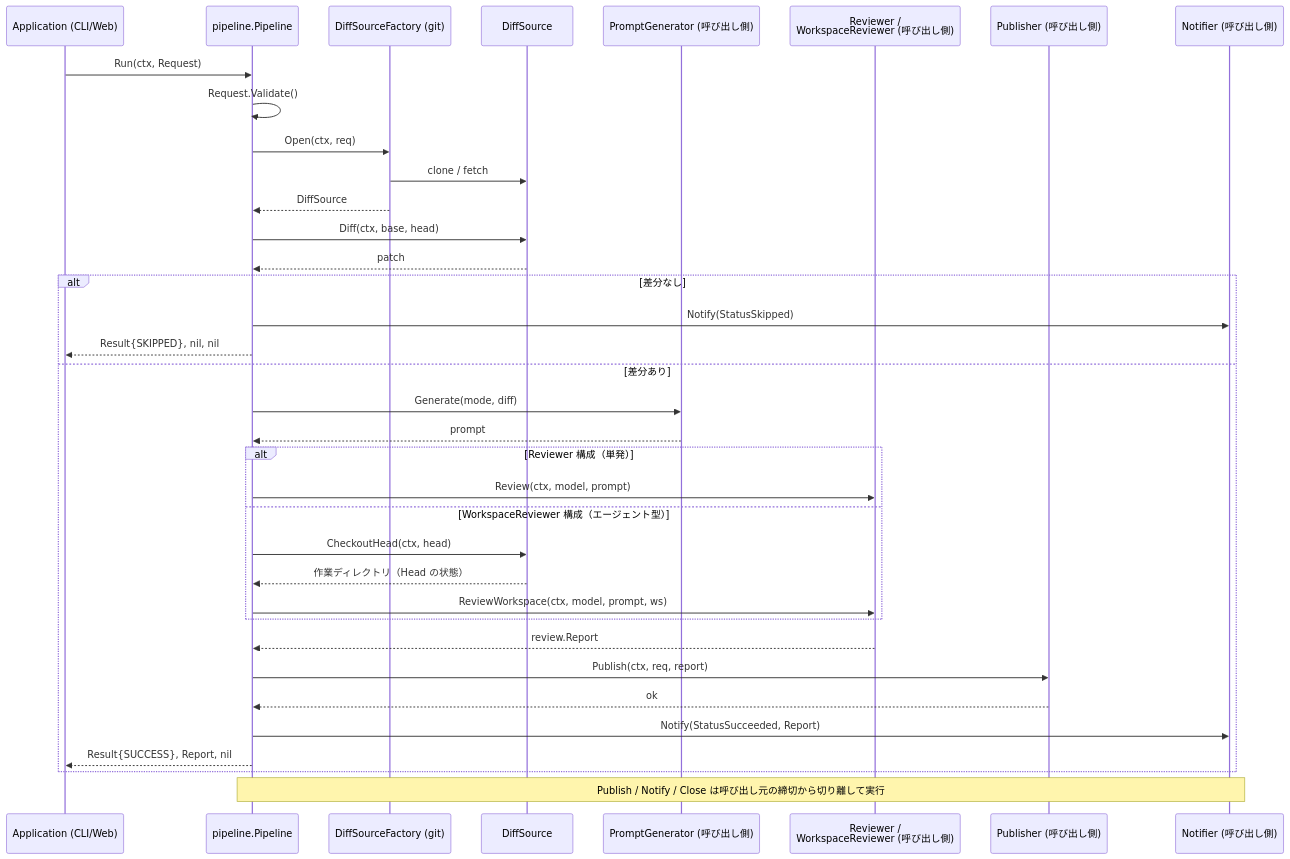
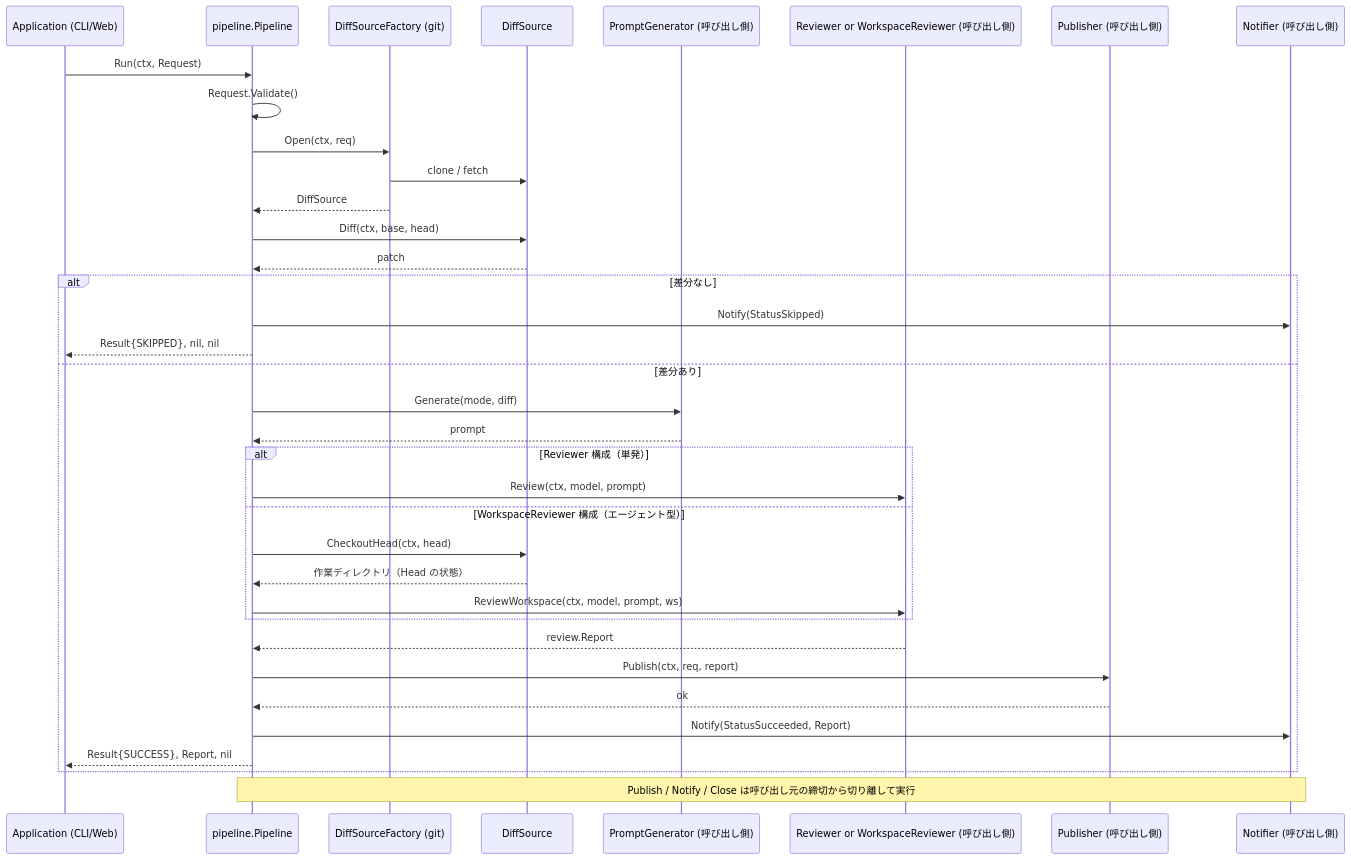
The diagram in README.md (shouni/go-review-kit), drawn with Mermaid before and after one commit.

Commit message:
docs: fix sequence diagram participant label
Claude-Session: https://claude.ai/code/session_01X7YwSkhpLcmdSfAunTipfw

````diff
--- a/README.md
+++ b/README.md
@@ -210,43 +210,43 @@
 ```mermaid
 sequenceDiagram
     participant App as Application (CLI/Web)
     participant PL as pipeline.Pipeline
     participant SF as DiffSourceFactory (git)
     participant DS as DiffSource
     participant PG as PromptGenerator (呼び出し側)
-    participant AI as Reviewer /<br>WorkspaceReviewer (呼び出し側)
+    participant AI as Reviewer or WorkspaceReviewer (呼び出し側)
     participant PB as Publisher (呼び出し側)
     participant NT as Notifier (呼び出し側)
 
     App->>PL: Run(ctx, Request)
     PL->>PL: Request.Validate()
     PL->>SF: Open(ctx, req)
     SF->>DS: clone / fetch
     SF-->>PL: DiffSource
     PL->>DS: Diff(ctx, base, head)
     DS-->>PL: patch
 
     alt 差分なし
         PL->>NT: Notify(StatusSkipped)
         PL-->>App: Result{SKIPPED}, nil, nil
     else 差分あり
         PL->>PG: Generate(mode, diff)
         PG-->>PL: prompt
 
         alt Reviewer 構成（単発）
             PL->>AI: Review(ctx, model, prompt)
         else WorkspaceReviewer 構成（エージェント型）
             PL->>DS: CheckoutHead(ctx, head)
             DS-->>PL: 作業ディレクトリ（Head の状態）
             PL->>AI: ReviewWorkspace(ctx, model, prompt, ws)
         end
         AI-->>PL: review.Report
 
         PL->>PB: Publish(ctx, req, report)
         PB-->>PL: ok
         PL->>NT: Notify(StatusSucceeded, Report)
         PL-->>App: Result{SUCCESS}, Report, nil
     end
 
     Note over PL,NT: Publish / Notify / Close は呼び出し元の締切から切り離して実行
 ```
````
